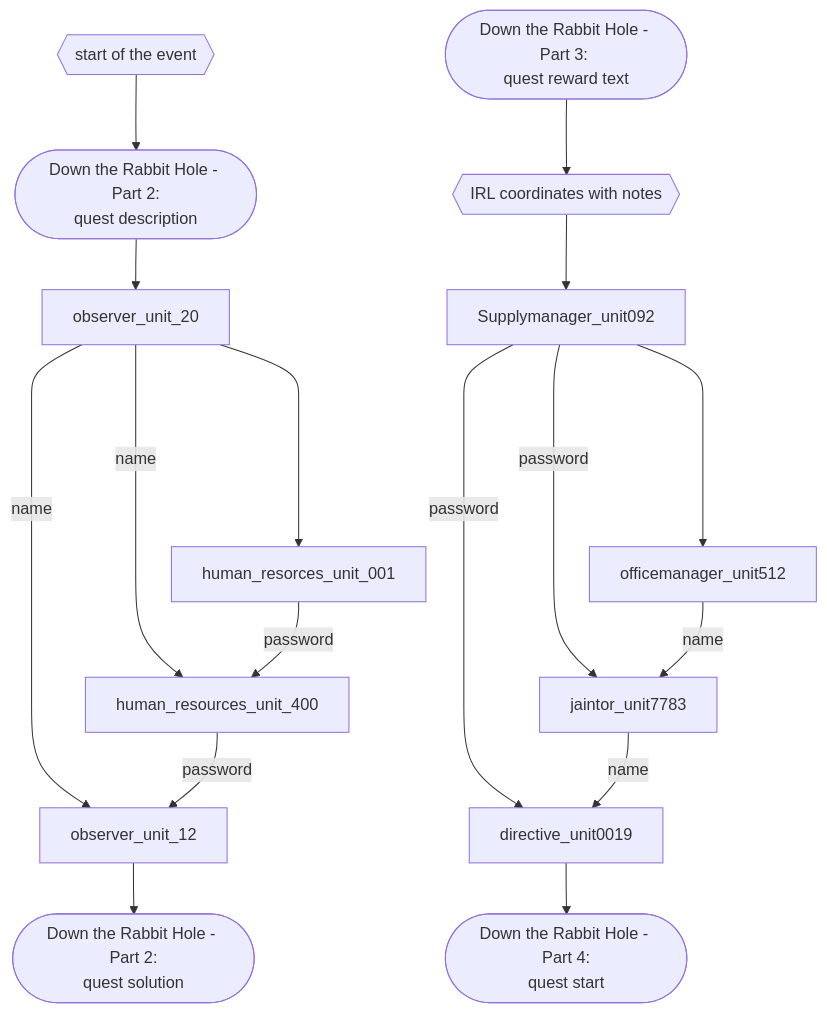
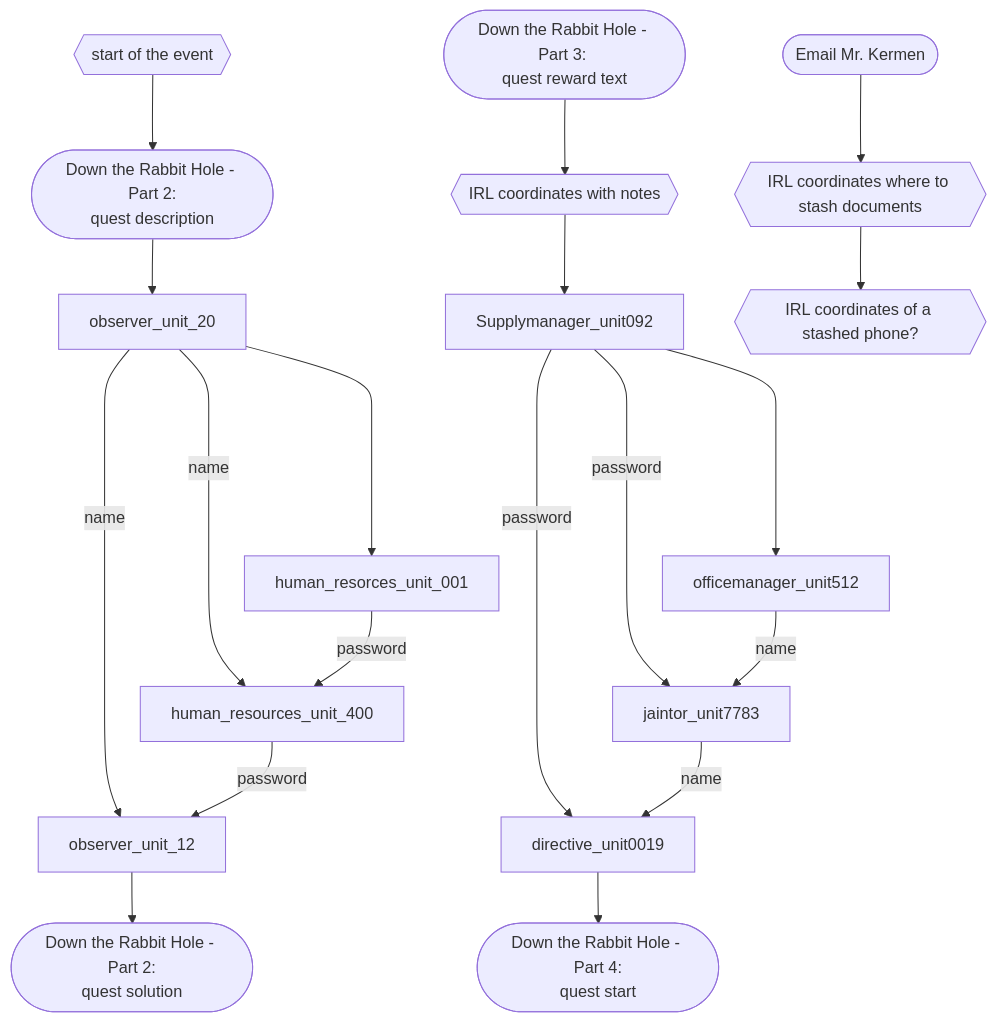
The diagram in README.md (3ncy/ARRS-s5), drawn with Mermaid before and after one commit.

Commit message:
IRL event info

````diff
--- a/README.md
+++ b/README.md
@@ -16,24 +16,27 @@
 ```mermaid
 graph TD;
     start{{start of the event}} --> quest2-desc(["Down the Rabbit Hole - Part 2:
 quest description"]);
     quest2-desc --> observer_unit_20;
     observer_unit_20 --name--> observer_unit_12;
     observer_unit_20 --name--> human_resources_unit_400;
     observer_unit_20 ----> human_resorces_unit_001;
     human_resorces_unit_001 --password--> human_resources_unit_400;
     human_resources_unit_400 --password--> observer_unit_12;
     observer_unit_12 --> quest2-sol(["Down the Rabbit Hole - Part 2:
 quest solution"]);
 
     quest3(["Down the Rabbit Hole - Part 3: 
 quest reward text"]) --> irl{{IRL coordinates with notes}};
     irl --> Supplymanager_unit092;
     Supplymanager_unit092 ----> officemanager_unit512;
     Supplymanager_unit092 --password--> jaintor_unit7783;
     Supplymanager_unit092 --password--> directive_unit0019;
     officemanager_unit512 --name--> jaintor_unit7783;
     jaintor_unit7783 --name--> directive_unit0019;
     directive_unit0019 --> quest4(["Down the Rabbit Hole - Part 4:
 quest start"]);
+
+    email(["Email Mr. Kermen"]) --> irl2{{IRL coordinates where to stash documents}};
+    irl2 --> irl3{{IRL coordinates of a stashed phone?}}
 ```
````
